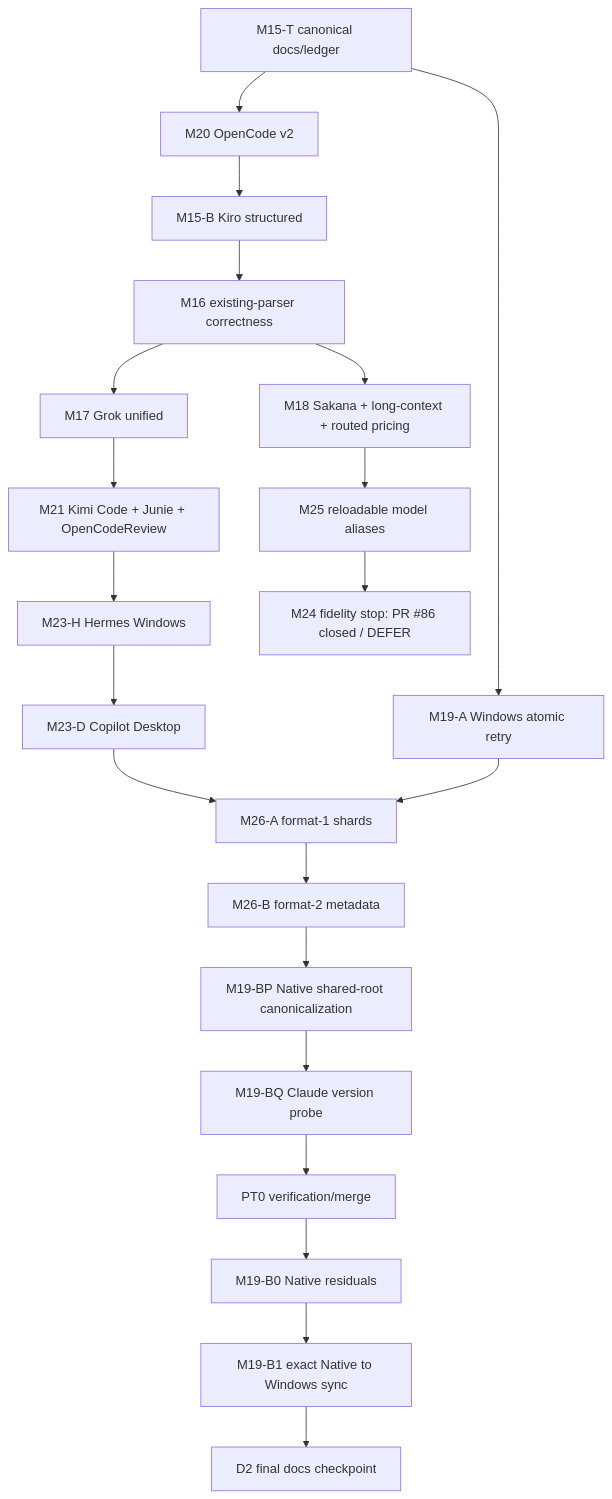
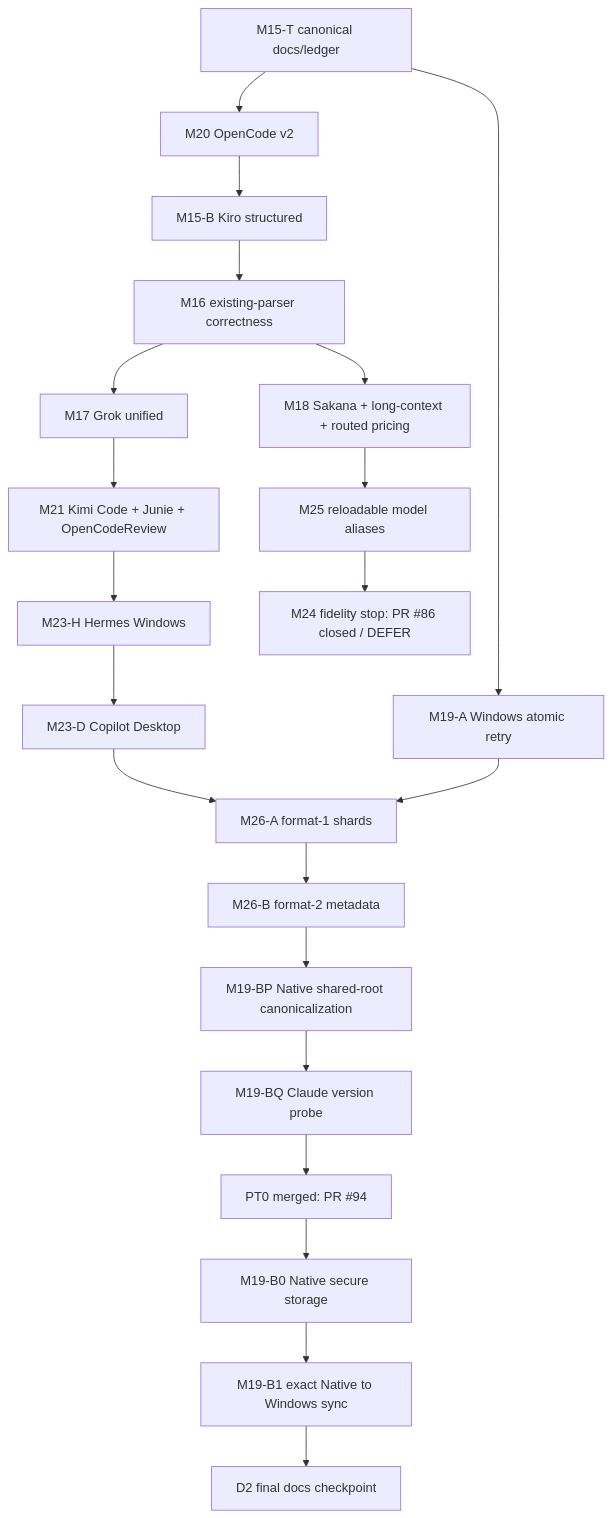
Before and after one commit to Agugu-official/TokenBar: the first of 2 diagrams in docs/knowledge/plans/tokscale-alignment.md, drawn with Mermaid. The commit also changed other lines of this file and 9 other files, not shown here.

First line of the commit message:
fix(storage): canonicalize Windows quota storage in Native

````diff
--- a/docs/knowledge/plans/tokscale-alignment.md
+++ b/docs/knowledge/plans/tokscale-alignment.md
@@ -79,27 +79,27 @@
 ```mermaid
 flowchart TD
     T[M15-T canonical docs/ledger] --> O[M20 OpenCode v2]
     O --> K[M15-B Kiro structured]
     K --> C[M16 existing-parser correctness]
 
     C --> G[M17 Grok unified]
     G --> N1[M21 Kimi Code + Junie + OpenCodeReview]
     N1 --> H[M23-H Hermes Windows]
     H --> D[M23-D Copilot Desktop]
 
     C --> P[M18 Sakana + long-context + routed pricing]
     P --> A[M25 reloadable model aliases]
     A --> W[M24 fidelity stop: PR #86 closed / DEFER]
 
     T --> F[M19-A Windows atomic retry]
 
     D --> SA[M26-A format-1 shards]
     F --> SA
     SA --> SB[M26-B format-2 metadata]
     SB --> BP[M19-BP Native shared-root canonicalization]
     BP --> BQ[M19-BQ Claude version probe]
-    BQ --> PT0[PT0 verification/merge]
-    PT0 --> W0[M19-B0 Native residuals]
+    BQ --> PT0[PT0 merged: PR #94]
+    PT0 --> W0[M19-B0 Native secure storage]
     W0 --> W1[M19-B1 exact Native to Windows sync]
     W1 --> D2[D2 final docs checkpoint]
 ```
````
